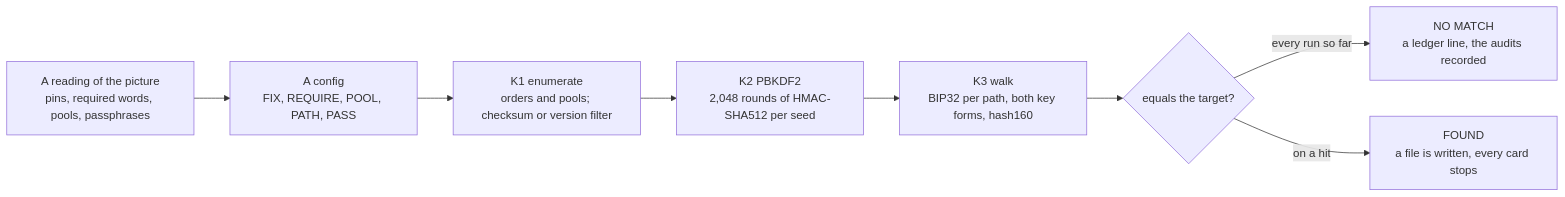
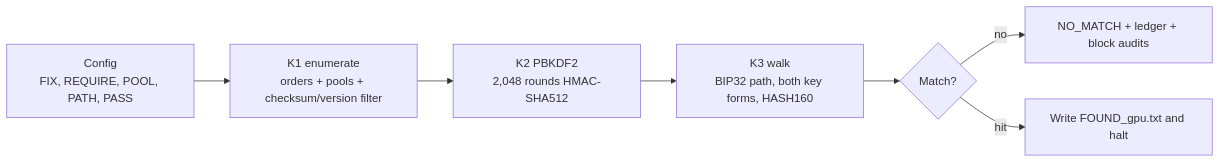
One commit to Desalzes/bnw-0.2btc-analysis changed the diagram in README.md. Above: the diagram before and after it, drawn with Mermaid. The commit also changed other lines of this file and 1 other file, not shown here.

````diff
--- a/README.md
+++ b/README.md
@@ -571,10 +123,9 @@
 ```mermaid
 flowchart LR
-  A["A reading of the picture<br>pins, required words, pools, passphrases"] --> B["A config<br>FIX, REQUIRE, POOL, PATH, PASS"]
-  B --> C["K1 enumerate<br>orders and pools; checksum or version filter"]
-  C --> D["K2 PBKDF2<br>2,048 rounds of HMAC-SHA512 per seed"]
-  D --> E["K3 walk<br>BIP32 per path, both key forms, hash160"]
-  E --> F{"equals the target?"}
-  F -- "every run so far" --> G["NO MATCH<br>a ledger line, the audits recorded"]
-  F -- "on a hit" --> H["FOUND<br>a file is written, every card stops"]
+  A["Config<br>FIX, REQUIRE, POOL, PATH, PASS"] --> B["K1 enumerate<br>orders + pools + checksum/version filter"]
+  B --> C["K2 PBKDF2<br>2,048 rounds HMAC-SHA512"]
+  C --> D["K3 walk<br>BIP32 path, both key forms, HASH160"]
+  D --> E{"Match?"}
+  E -- "no" --> F["NO_MATCH + ledger + block audits"]
+  E -- "hit" --> G["Write FOUND_gpu.txt and halt"]
 ```
````
